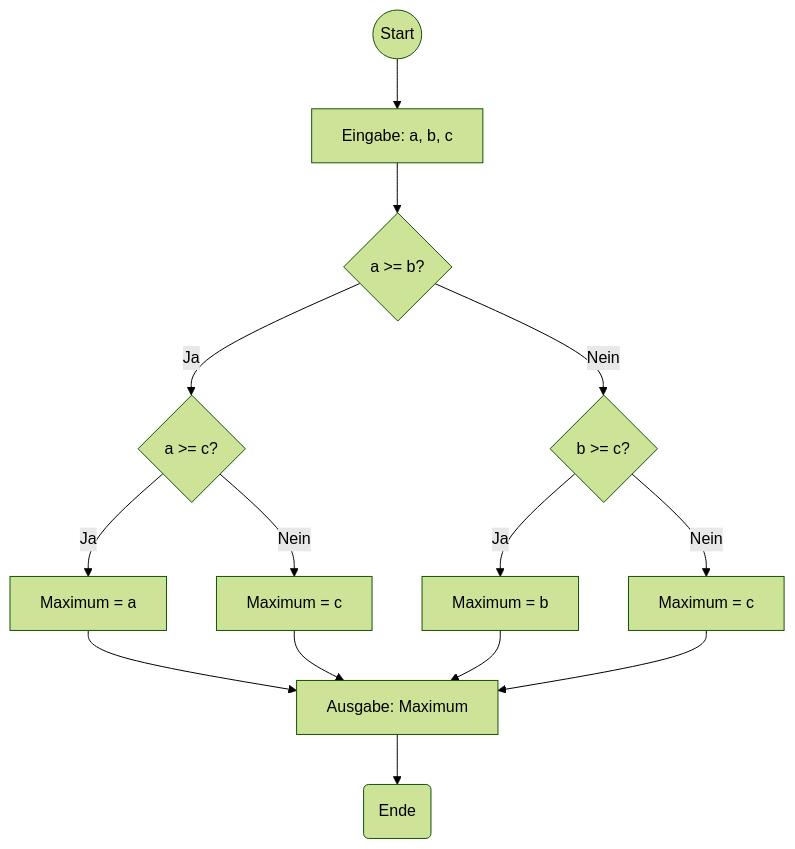
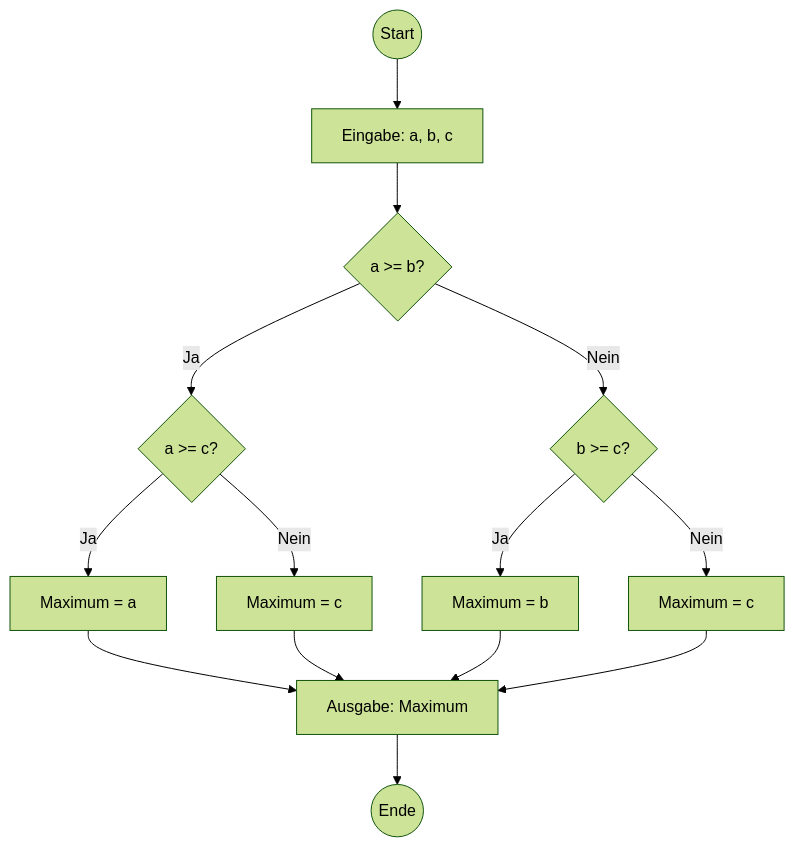
Before and after one commit to jahnhtl/embedded_systems: diagram 15 of 16 in 2_Flussdiagramme/flussdiagramm_basics.md, drawn with Mermaid (forest theme). The commit also changed other lines of this file and 2 other files, not shown here.

Commit message:
Korrektur Schritt 3, Flussdiagramme Updates

````diff
--- a/2_Flussdiagramme/flussdiagramm_basics.md
+++ b/2_Flussdiagramme/flussdiagramm_basics.md
@@ -262,16 +264,16 @@
 ```mermaid
 flowchart TD
     A((Start)) --> B[Eingabe: a, b, c]
     B --> C{a >= b?}
     C -->|Ja| D{a >= c?}
     C -->|Nein| E{b >= c?}
     D -->|Ja| F[Maximum = a]
     D -->|Nein| G[Maximum = c]
     E -->|Ja| H[Maximum = b]
     E -->|Nein| I[Maximum = c]
     F --> J[Ausgabe: Maximum]
     G --> J
     H --> J
     I --> J
-    J --> K(Ende)
+    J --> K((Ende))
 ```
````
